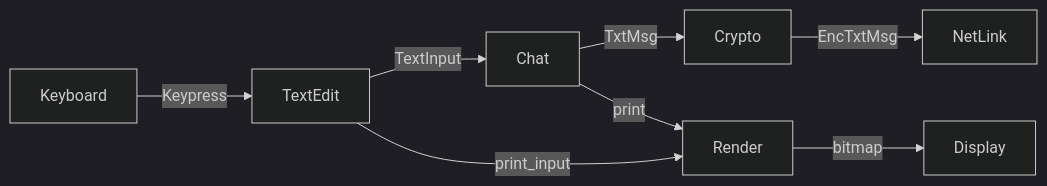
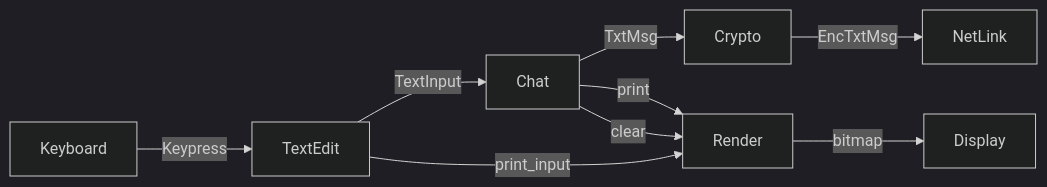
Before and after one commit to fluffy/bare-rust: the second of 6 diagrams in Architecture.md, drawn with Mermaid (dark theme). The commit also changed other lines of this file and 2 other files, not shown here.

````diff
--- a/Architecture.md
+++ b/Architecture.md
@@ -59,10 +73,11 @@
 ```mermaid
 flowchart LR
     A[Keyboard] -->|Keypress| B[TextEdit]
     B -->|TextInput| C[Chat]
     C -->|TxtMsg| D[Crypto]
     B -->|print_input| J[Render]
     D -->|EncTxtMsg| F[NetLink]
     C -->|print| J[Render]
+    C -->|clear| J[Render]
     J -->|bitmap| K[Display]
 ```
````
